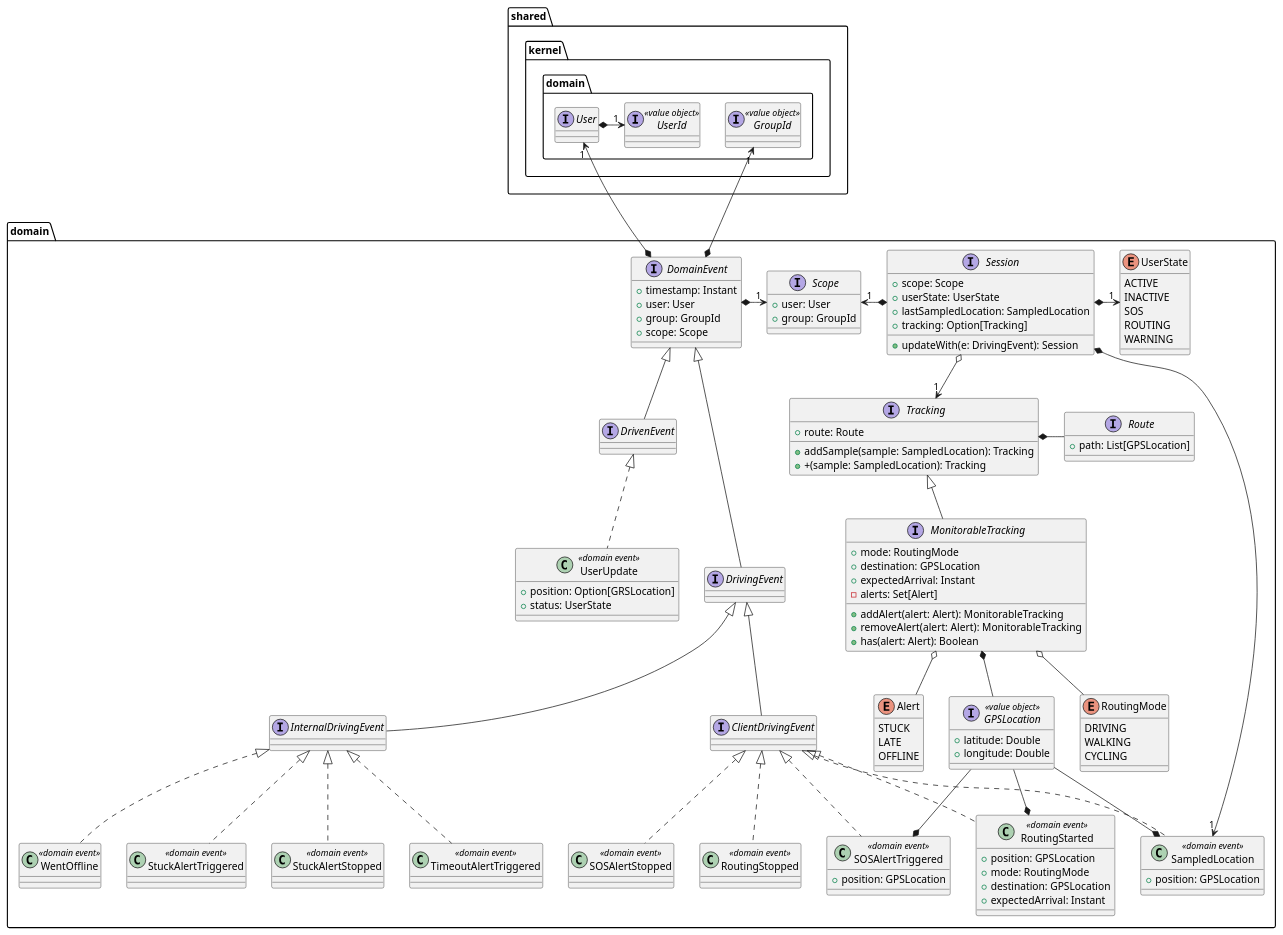
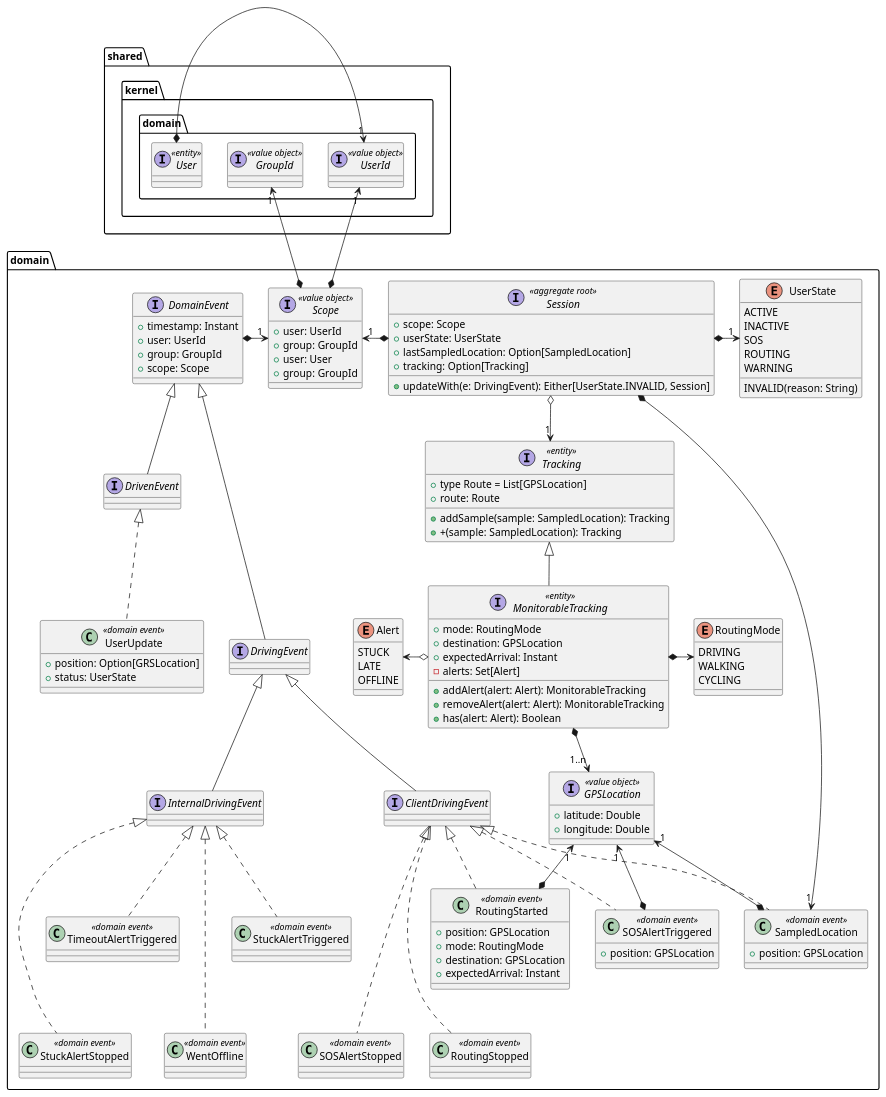
One commit to position-pal/Documentation changed the first of 3 diagrams in content/docs/4-detailed-design/1-location-service.md. Above: the diagram before and after it, drawn with PlantUML. The commit also changed other lines of this file and 5 other files, not shown here.

````diff
--- a/content/docs/4-detailed-design/1-location-service.md
+++ b/content/docs/4-detailed-design/1-location-service.md
@@ -27,17 +35,25 @@
 ```plantuml 
 @startuml location-service-structure-domain
 package shared.kernel.domain {
-    interface User
+    interface User <<entity>>
     interface UserId <<value object>>
     interface GroupId <<value object>>
-    User *-l-> "1" UserId
+    User *-r-> "1" UserId
 }
 
 package domain {
+    interface Scope <<value object>> {
+        + user: UserId
+        + group: GroupId
+    }
+
     interface Scope {
         + user: User
         + group: GroupId
     }
+
+    UserId "1" <--* Scope
+    GroupId "1" <--* Scope
 
     interface GPSLocation <<value object>> {
         + latitude: Double
@@ -47,12 +63,12 @@
     '------------------------- Events -------------------------'
     interface DomainEvent {
         + timestamp: Instant
-        + user: User
+        + user: UserId
         + group: GroupId
         + scope: Scope
     }
-    User "1" <--* DomainEvent
-    GroupId "1" <---* DomainEvent
+    '''UserId "1" <--* DomainEvent
+    '''GroupId "1" <---* DomainEvent
     DomainEvent *-right-> "1" Scope
 
     interface DrivenEvent extends DomainEvent
@@ -64,30 +80,39 @@
     interface DrivingEvent extends DomainEvent
     interface ClientDrivingEvent extends DrivingEvent
 
-    class SampledLocation <<domain event>> implements ClientDrivingEvent {
+    class SampledLocation <<domain event>> {
         + position: GPSLocation
     }
-    class SOSAlertTriggered <<domain event>> implements ClientDrivingEvent {
+    ClientDrivingEvent <|.. SampledLocation
+    class SOSAlertTriggered <<domain event>> {
         + position: GPSLocation
     }
-    class SOSAlertStopped <<domain event>> implements ClientDrivingEvent
-    class RoutingStarted <<domain event>> implements ClientDrivingEvent {
+    ClientDrivingEvent <|.. SOSAlertTriggered
+    class SOSAlertStopped <<domain event>>
+    ClientDrivingEvent <|... SOSAlertStopped
+    class RoutingStarted <<domain event>> {
         + position: GPSLocation
         + mode: RoutingMode
         + destination: GPSLocation
         + expectedArrival: Instant
     }
-    class RoutingStopped <<domain event>> implements ClientDrivingEvent
+    ClientDrivingEvent <|.. RoutingStarted
+    class RoutingStopped <<domain event>> 
+    ClientDrivingEvent <|... RoutingStopped
 
     interface InternalDrivingEvent extends DrivingEvent
-    class WentOffline <<domain event>> implements InternalDrivingEvent
-    class StuckAlertTriggered <<domain event>> implements InternalDrivingEvent
-    class StuckAlertStopped <<domain event>> implements InternalDrivingEvent
-    class TimeoutAlertTriggered <<domain event>> implements InternalDrivingEvent
+    class WentOffline <<domain event>>
+    InternalDrivingEvent <|... WentOffline
+    class StuckAlertTriggered <<domain event>> 
+    InternalDrivingEvent <|.. StuckAlertTriggered
+    class StuckAlertStopped <<domain event>> 
+    InternalDrivingEvent <|... StuckAlertStopped
+    class TimeoutAlertTriggered <<domain event>> 
+    InternalDrivingEvent <|.. TimeoutAlertTriggered
 
-    GPSLocation --* RoutingStarted
-    GPSLocation --* SOSAlertTriggered
-    GPSLocation --* SampledLocation
+    GPSLocation "1" <--* RoutingStarted
+    GPSLocation "1" <--* SOSAlertTriggered
+    GPSLocation "1" <--* SampledLocation
 
     '------------------------- Aggregates -------------------------'
     enum RoutingMode {
@@ -108,21 +133,17 @@
         SOS
         ROUTING
         WARNING
+        INVALID(reason: String)
     }
 
-    interface Route {
-        + path: List[GPSLocation]
-    }
-
-    interface Tracking {
+    interface Tracking <<entity>> {
+        + type Route = List[GPSLocation]
         + route: Route
         + addSample(sample: SampledLocation): Tracking
         + +(sample: SampledLocation): Tracking
     }
 
-    Tracking *-right- Route
-
-    interface MonitorableTracking extends Tracking {
+    interface MonitorableTracking <<entity>> extends Tracking {
         + mode: RoutingMode
         + destination: GPSLocation
         + expectedArrival: Instant
@@ -132,16 +153,16 @@
         + has(alert: Alert): Boolean
     }
 
-    MonitorableTracking o-- Alert
-    MonitorableTracking o-- RoutingMode
-    MonitorableTracking *-- GPSLocation
+    MonitorableTracking o-l-> Alert
+    MonitorableTracking *-r-> RoutingMode
+    MonitorableTracking *--> "1..n" GPSLocation
 
-    interface Session {
+    interface Session <<aggregate root>> {
         + scope: Scope
         + userState: UserState
-        + lastSampledLocation: SampledLocation
+        + lastSampledLocation: Option[SampledLocation]
         + tracking: Option[Tracking]
-        + updateWith(e: DrivingEvent): Session
+        + updateWith(e: DrivingEvent): Either[UserState.INVALID, Session]
     }
 
     Session *-left-> "1" Scope
````
